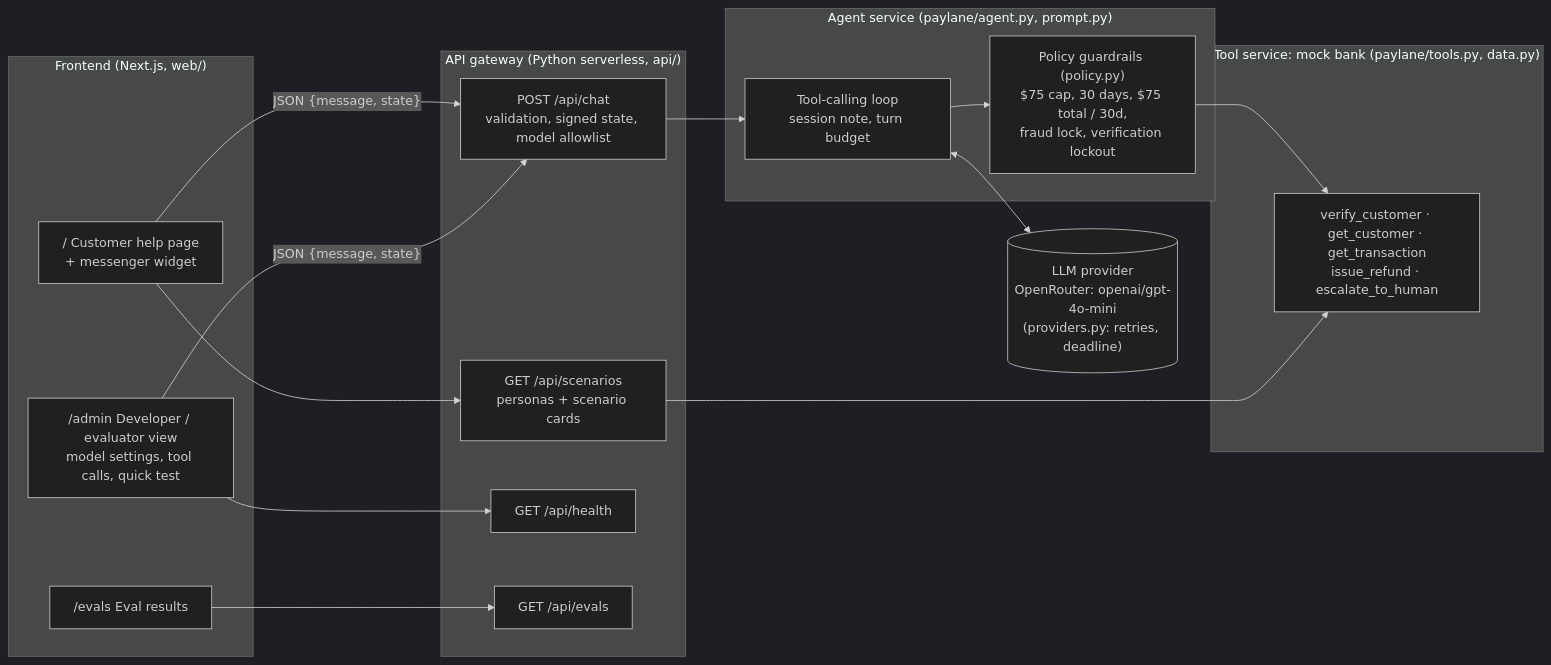
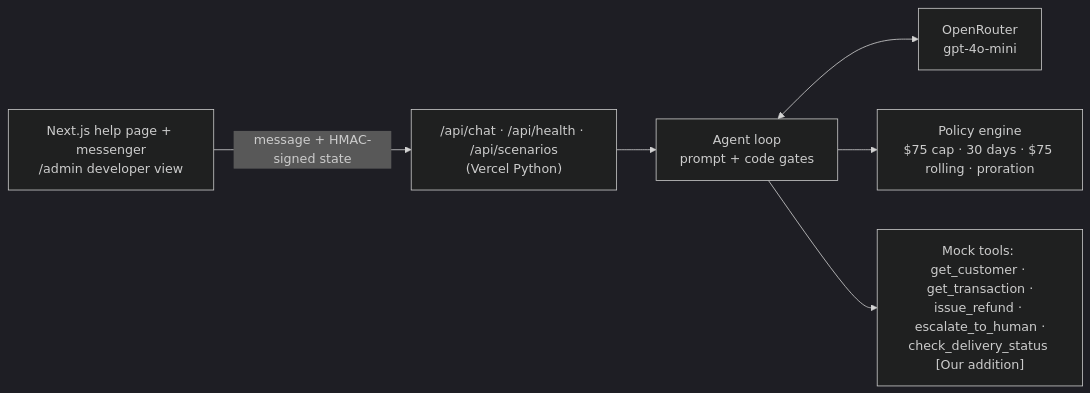
The diagram in README.md (priyansh19/fini-custmsup-agent), drawn with Mermaid (dark theme) before and after one commit. The commit also changed other lines of this file and 9 other files, not shown here.

Commit message:
Docs overhaul: architecture (mermaid), ADR decisions log, evals, guardrails, tidy README with fresh screenshots

````diff
--- a/README.md
+++ b/README.md
@@ -184,31 +37,8 @@
 ```mermaid
 flowchart LR
-  subgraph FE["Frontend (Next.js, web/)"]
-    C["/ Customer help page<br/>+ messenger widget"]
-    A["/admin Developer / evaluator view<br/>model settings, tool calls, quick test"]
-    E["/evals Eval results"]
-  end
-  subgraph GW["API gateway (Python serverless, api/)"]
-    CH["POST /api/chat<br/>validation, signed state, model allowlist"]
-    SC["GET /api/scenarios<br/>personas + scenario cards"]
-    HE["GET /api/health"]
-    EV["GET /api/evals"]
-  end
-  subgraph AG["Agent service (paylane/agent.py, prompt.py)"]
-    LOOP["Tool-calling loop<br/>session note, turn budget"]
-    POL["Policy guardrails (policy.py)<br/>$75 cap, 30 days, $75 total / 30d,<br/>fraud lock, verification lockout"]
-  end
-  subgraph TS["Tool service: mock bank (paylane/tools.py, data.py)"]
-    T1["verify_customer · get_customer · get_transaction<br/>issue_refund · escalate_to_human"]
-  end
-  LLM[("LLM provider<br/>OpenRouter: openai/gpt-4o-mini<br/>(providers.py: retries, deadline)")]
-
-  C & A -- "JSON {message, state}" --> CH
-  C --> SC
-  A --> HE
-  E --> EV
-  CH --> LOOP
-  LOOP <--> LLM
-  LOOP --> POL --> T1
-  SC --> T1
+  UI["Next.js help page + messenger<br/>/admin developer view"] -- "message + HMAC-signed state" --> API["/api/chat · /api/health · /api/scenarios<br/>(Vercel Python)"]
+  API --> AG["Agent loop<br/>prompt + code gates"]
+  AG <--> LLM["OpenRouter<br/>gpt-4o-mini"]
+  AG --> POL["Policy engine<br/>$75 cap · 30 days · $75 rolling · proration"]
+  AG --> TOOLS["Mock tools: get_customer · get_transaction ·<br/>issue_refund · escalate_to_human ·<br/>check_delivery_status [Our addition]"]
 ```
````
